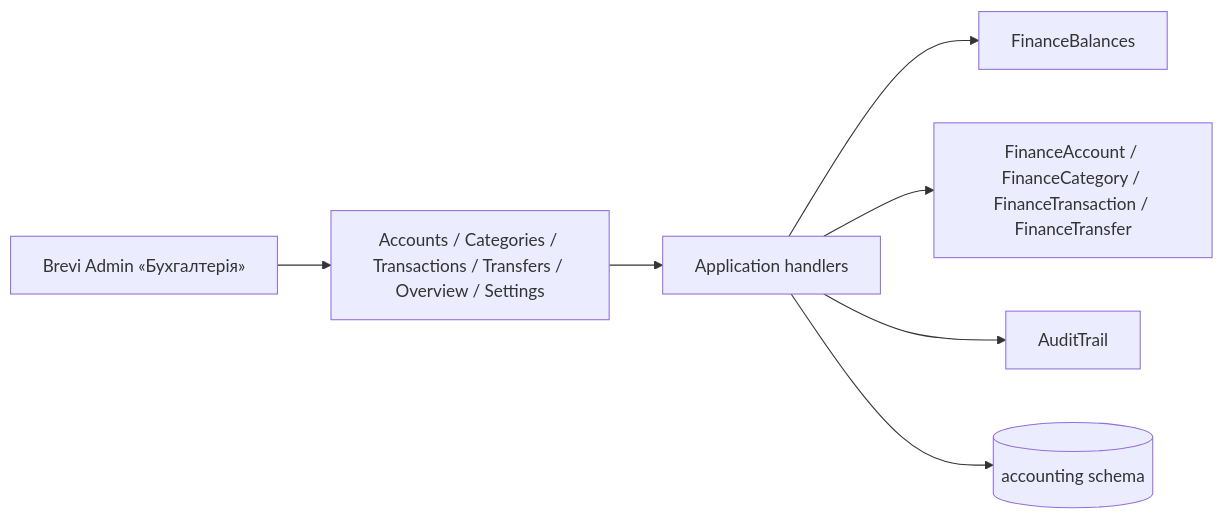
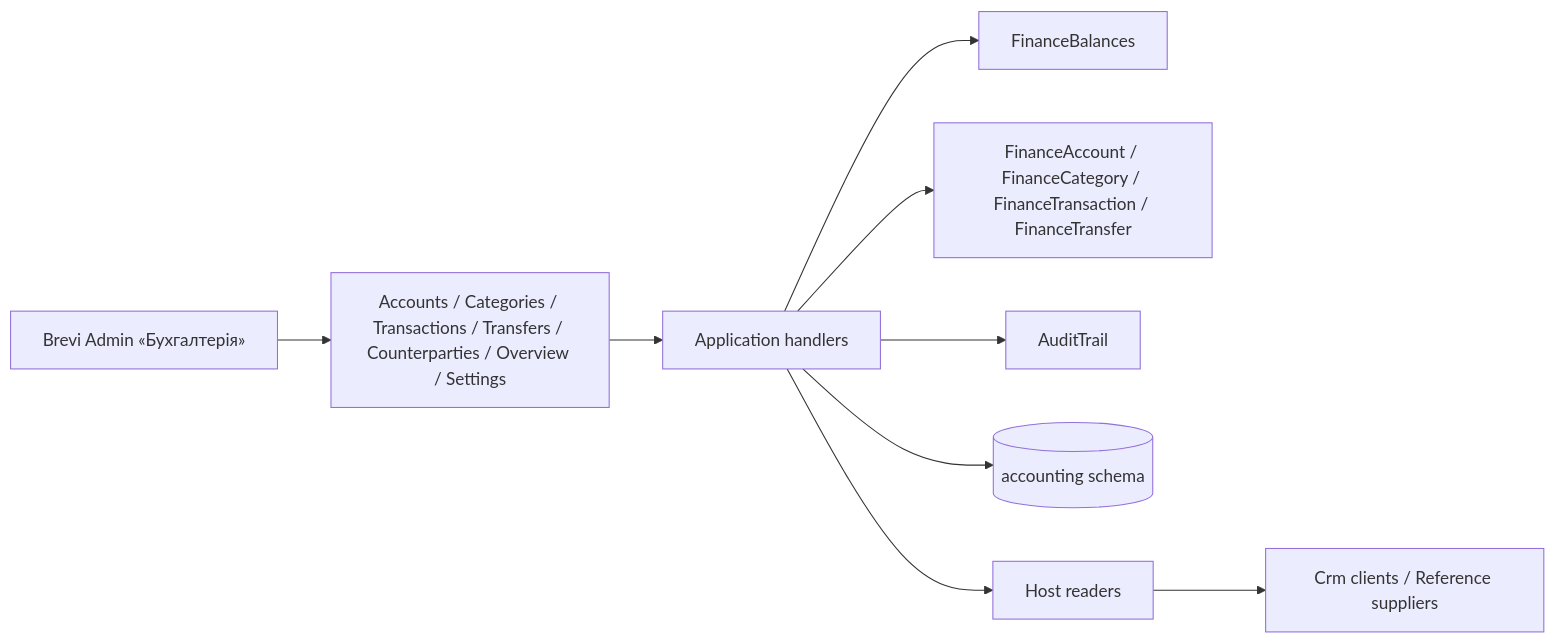
One commit to Weretik/BreviERP changed the diagram in docs/sdd/features/accounting/finance.md. Above: the diagram before and after it, drawn with Mermaid. The commit also changed other lines of this file and 67 other files, not shown here.

````diff
--- a/docs/sdd/features/accounting/finance.md
+++ b/docs/sdd/features/accounting/finance.md
@@ -48,9 +53,10 @@
 ```mermaid
 flowchart LR
-  Admin[Brevi Admin «Бухгалтерія»] --> Controllers[Accounts / Categories / Transactions / Transfers / Overview / Settings]
+  Admin[Brevi Admin «Бухгалтерія»] --> Controllers[Accounts / Categories / Transactions / Transfers / Counterparties / Overview / Settings]
   Controllers --> Handlers[Application handlers]
   Handlers --> Balances[FinanceBalances]
   Handlers --> Domain[FinanceAccount / FinanceCategory / FinanceTransaction / FinanceTransfer]
   Handlers --> Audit[AuditTrail]
   Handlers --> Db[(accounting schema)]
+  Handlers --> Readers[Host readers] --> Others[Crm clients / Reference suppliers]
 ```
````
